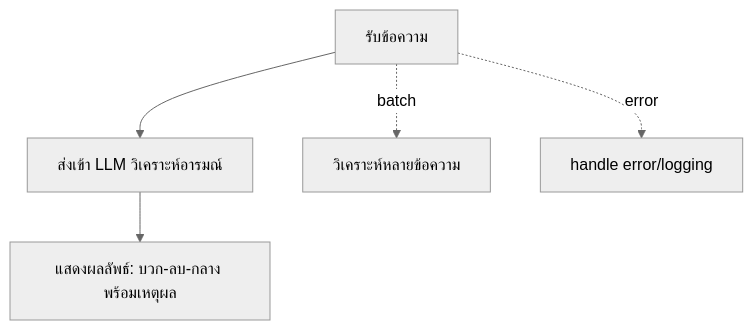
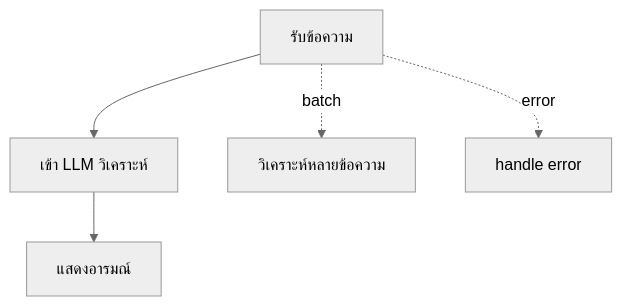
One commit to JonusNattapong/LangChainOllama changed the ninth of 16 diagrams in README.md. Above: the diagram before and after it, drawn with Mermaid (neutral theme). The commit also changed other lines of this file, not shown here.

Commit message:
refactor: Simplify and clarify flow diagrams in README for better readability

````diff
--- a/README.md
+++ b/README.md
@@ -433,7 +433,7 @@
 ```mermaid
 graph TD
-    A[รับข้อความ] --> B[ส่งเข้า LLM วิเคราะห์อารมณ์]
-    B --> C[แสดงผลลัพธ์: บวก-ลบ-กลาง พร้อมเหตุผล]
+    A[รับข้อความ] --> B[เข้า LLM วิเคราะห์]
+    B --> C[แสดงอารมณ์]
     A -. batch .-> D[วิเคราะห์หลายข้อความ]
-    A -. error .-> E[handle error/logging]
+    A -. error .-> E[handle error]
 ```
````
